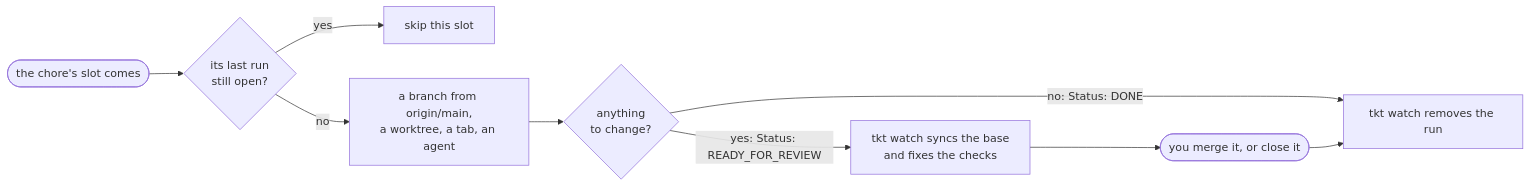
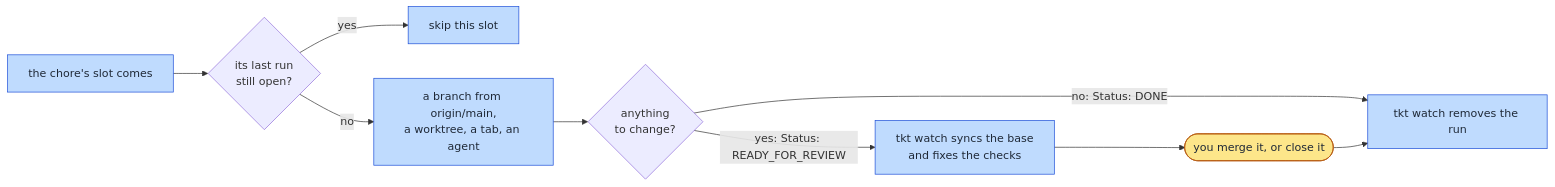
The seventh of 9 diagrams in docs/lifecycle.md (rogsme/tkt), drawn with Mermaid before and after one commit. The commit also changed other lines of this file and 4 other files, not shown here.

First line of the commit message:
Open the README with diagrams of how a ticket moves

````diff
--- a/docs/lifecycle.md
+++ b/docs/lifecycle.md
@@ -390,11 +439,18 @@
 ```mermaid
 flowchart LR
-  slot(["the chore's slot comes"]) --> open{"its last run<br/>still open?"}
+  slot["the chore's slot comes"] --> open{"its last run<br/>still open?"}
   open -->|yes| skip["skip this slot"]
   open -->|no| run["a branch from origin/main,<br/>a worktree, a tab, an agent"]
   run --> change{"anything<br/>to change?"}
   change -->|"no: Status: DONE"| gone["tkt watch removes the run"]
   change -->|"yes: Status: READY_FOR_REVIEW"| pr["tkt watch syncs the base<br/>and fixes the checks"]
   pr --> you(["you merge it, or close it"])
   you --> gone
+
+  classDef you fill:#fde68a,stroke:#b45309,color:#1f2937
+  classDef tkt fill:#bfdbfe,stroke:#1d4ed8,color:#1f2937
+  classDef skill fill:#bbf7d0,stroke:#15803d,color:#1f2937
+  classDef ext fill:#e5e7eb,stroke:#4b5563,color:#1f2937
+  class you you
+  class slot,skip,run,gone,pr tkt
 ```
````
